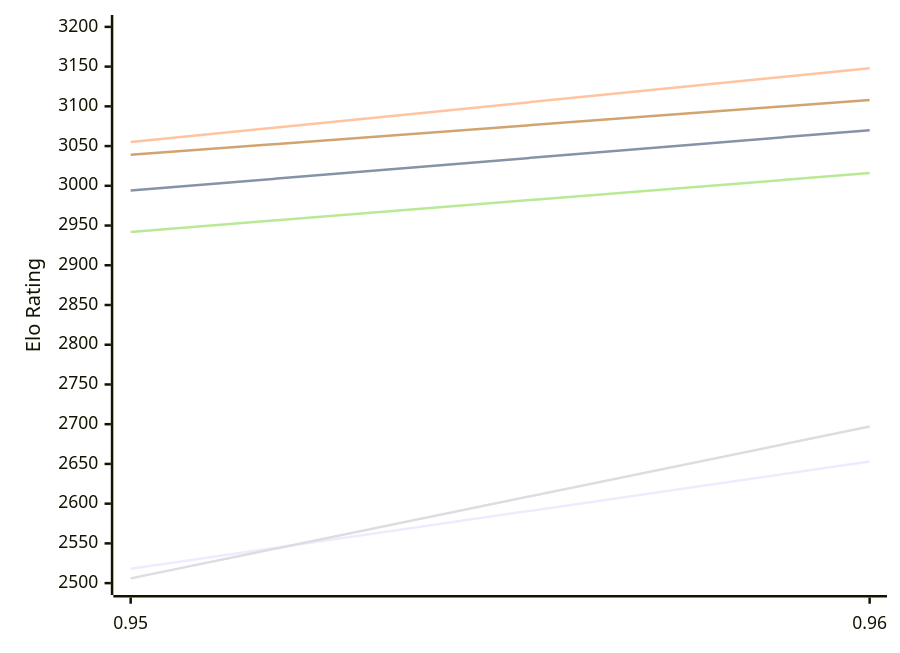
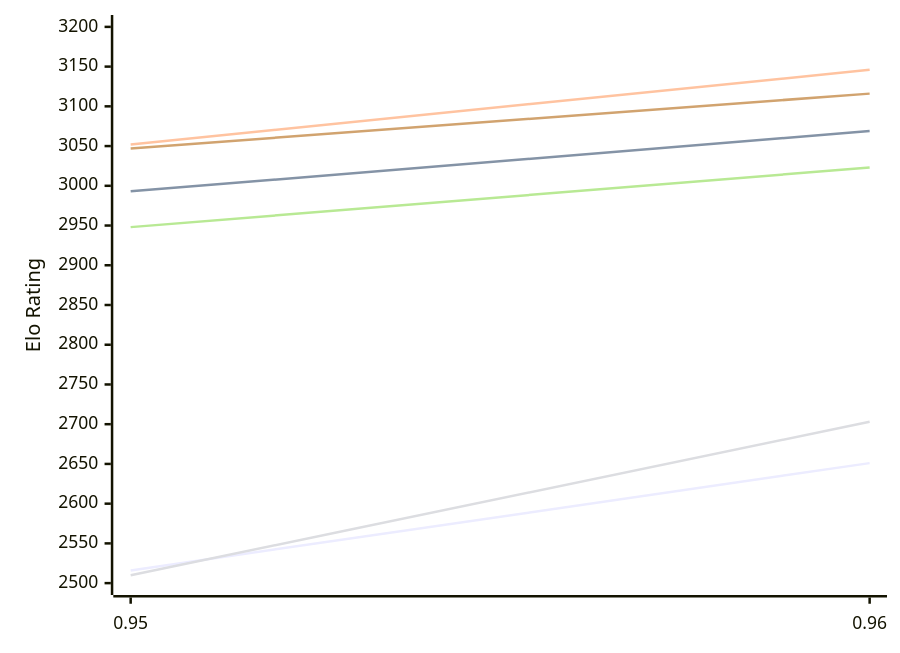
One commit to computer-chess-index/cci changed the first of 2 diagrams in engines/Myrddin.md. Above: the diagram before and after it, drawn with Mermaid. The commit also changed other lines of this file, not shown here.

Commit message:
Update CCI Ratings (ELO VLTC) - 2026-11-23

````diff
--- a/engines/Myrddin.md
+++ b/engines/Myrddin.md
@@ -51,12 +51,12 @@
 ```mermaid
 %%{init: {"theme":"base","themeVariables":{"seriesColors:['#a3a3a3','#222221','#faa371']}}}%%
 xychart-beta
   x-axis ["0.95", "0.96"]
   y-axis "Elo Rating" 2500 --> 3200
-  line "E1: STC (8.0+0.08s)" [2518, 2653]
-  line "E1: LTC (60.0+0.60s)" [2994, 3070]
-  line "E1: VLTC (2m24s+1.12s)" [3055, 3148]
-  line "P1: STC (8.0+0.08s)" [2506, 2697]
-  line "P1: LTC (60.0+0.60s)" [2942, 3016]
-  line "P1: VLTC (2m24s+1.12s)" [3039, 3108]
+  line "E1: STC (8.0+0.08s)" [2516, 2651]
+  line "E1: LTC (60.0+0.60s)" [2993, 3069]
+  line "E1: VLTC (2m24s+1.12s)" [3052, 3146]
+  line "P1: STC (8.0+0.08s)" [2510, 2703]
+  line "P1: LTC (60.0+0.60s)" [2948, 3023]
+  line "P1: VLTC (2m24s+1.12s)" [3047, 3116]
 ```
````
